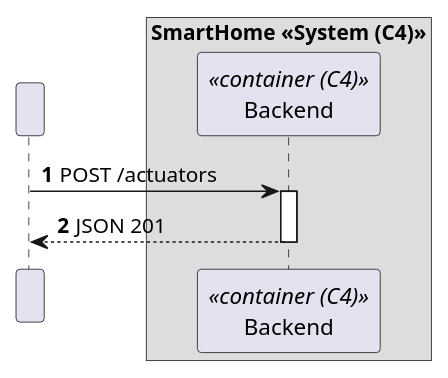
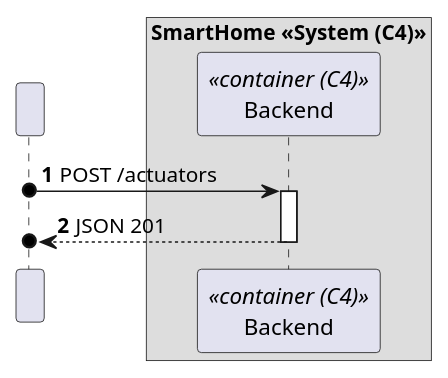
The diagram in docs/C4_4plus1_models/Level2/ProcessView/ProcessViewLevel2_UC10.puml (moutajDev/smarthome), drawn with PlantUML before and after one commit. The commit also changed 59 other files, not shown here.

```diff
--- a/docs/C4_4plus1_models/Level2/ProcessView/ProcessViewLevel2_UC10.puml
+++ b/docs/C4_4plus1_models/Level2/ProcessView/ProcessViewLevel2_UC10.puml
@@ -1,24 +1,24 @@
 @startuml
 'https://plantuml.com/sequence-diagram
 !pragma layout smetana
 
 autonumber
 
 
 participant " " as HTTP
 
 box "SmartHome <<System (C4)>>"
     participant "Backend" as BE<<container (C4)>>
 
 end box
 
-HTTP -> BE : POST /actuators
+HTTP o-> BE : POST /actuators
 activate BE
 
-BE --> HTTP : JSON 201
+BE -->o HTTP : JSON 201
 deactivate BE
 
 
 
 
 @enduml
```
